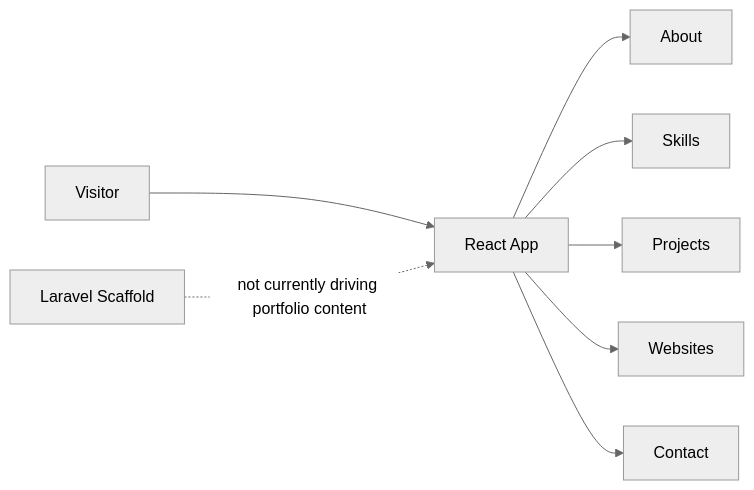
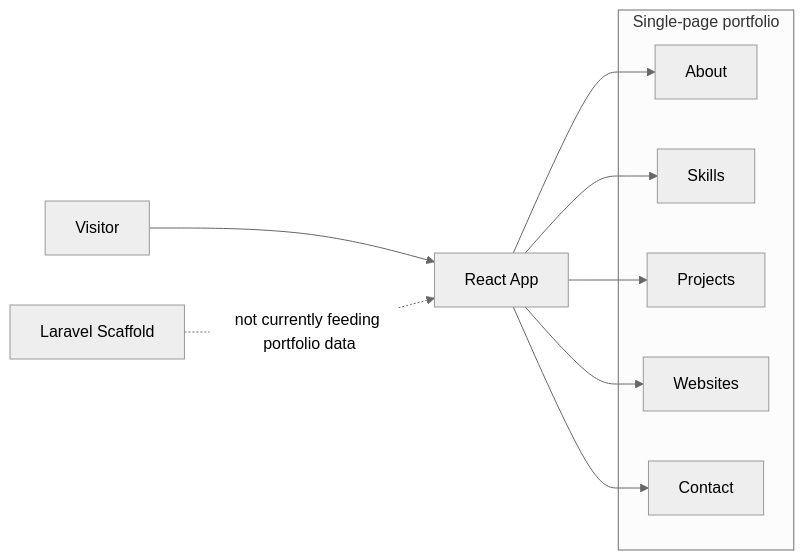
One commit to HidayahMF/Portofolio-2025 changed the first of 6 diagrams in docs/development-pipeline.md. Above: the diagram before and after it, drawn with Mermaid (neutral theme). The commit also changed other lines of this file, not shown here.

````diff
--- a/docs/development-pipeline.md
+++ b/docs/development-pipeline.md
@@ -9,11 +19,20 @@
 ```mermaid
 flowchart LR
-    V[Visitor] --> R[React App]
-    R --> ABOUT[About]
-    R --> SKILL[Skills]
-    R --> PROJECT[Projects]
-    R --> WEB[Websites]
-    R --> CONTACT[Contact]
+    V[Visitor] --> APP[React App]
 
-    L[Laravel Scaffold] -. not currently driving portfolio content .-> R
+    subgraph PAGE[Single-page portfolio]
+      A[About]
+      S[Skills]
+      P[Projects]
+      W[Websites]
+      C[Contact]
+    end
+
+    APP --> A
+    APP --> S
+    APP --> P
+    APP --> W
+    APP --> C
+
+    L[Laravel Scaffold] -. not currently feeding portfolio data .-> APP
 ```
````
